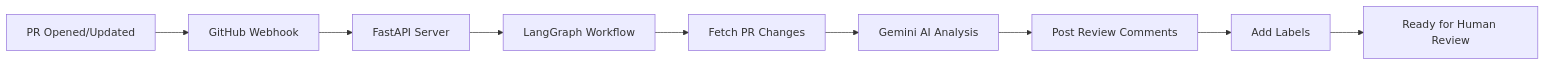
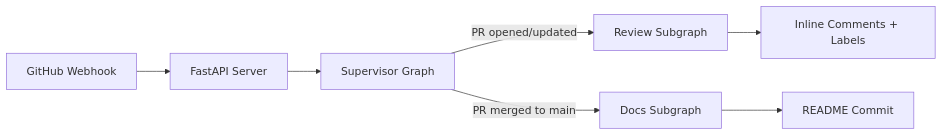
One commit to MeetThakkar-01/CodeScribe changed the diagram in README.md. Above: the diagram before and after it, drawn with Mermaid. The commit also changed other lines of this file and 44 other files, not shown here.

````diff
--- a/README.md
+++ b/README.md
@@ -234,11 +238,9 @@
 ```mermaid
 graph LR
-    A[PR Opened/Updated] --> B[GitHub Webhook]
-    B --> C[FastAPI Server]
-    C --> D[LangGraph Workflow]
-    D --> E[Fetch PR Changes]
-    E --> F[Gemini AI Analysis]
-    F --> G[Post Review Comments]
-    G --> H[Add Labels]
-    H --> I[Ready for Human Review]
+    A[GitHub Webhook] --> B[FastAPI Server]
+    B --> C[Supervisor Graph]
+    C -->|PR opened/updated| D[Review Subgraph]
+    C -->|PR merged to main| E[Docs Subgraph]
+    D --> F[Inline Comments + Labels]
+    E --> G[README Commit]
 ```
````
